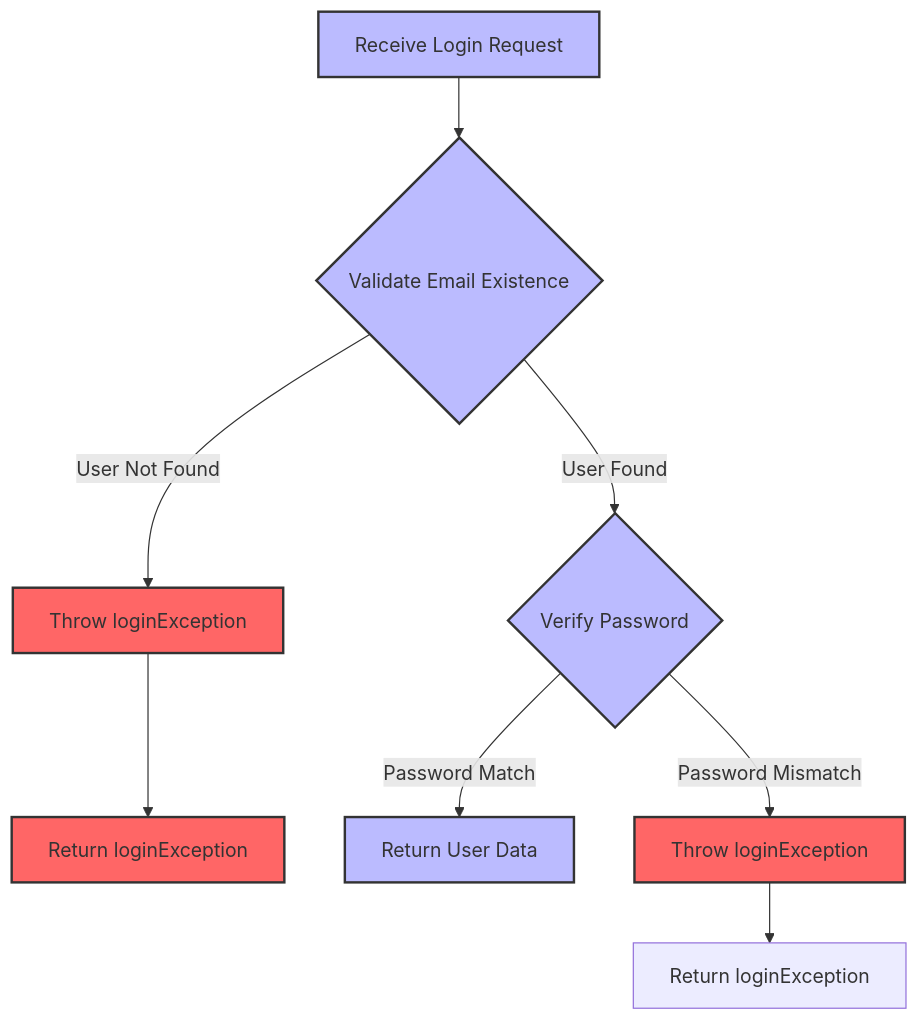
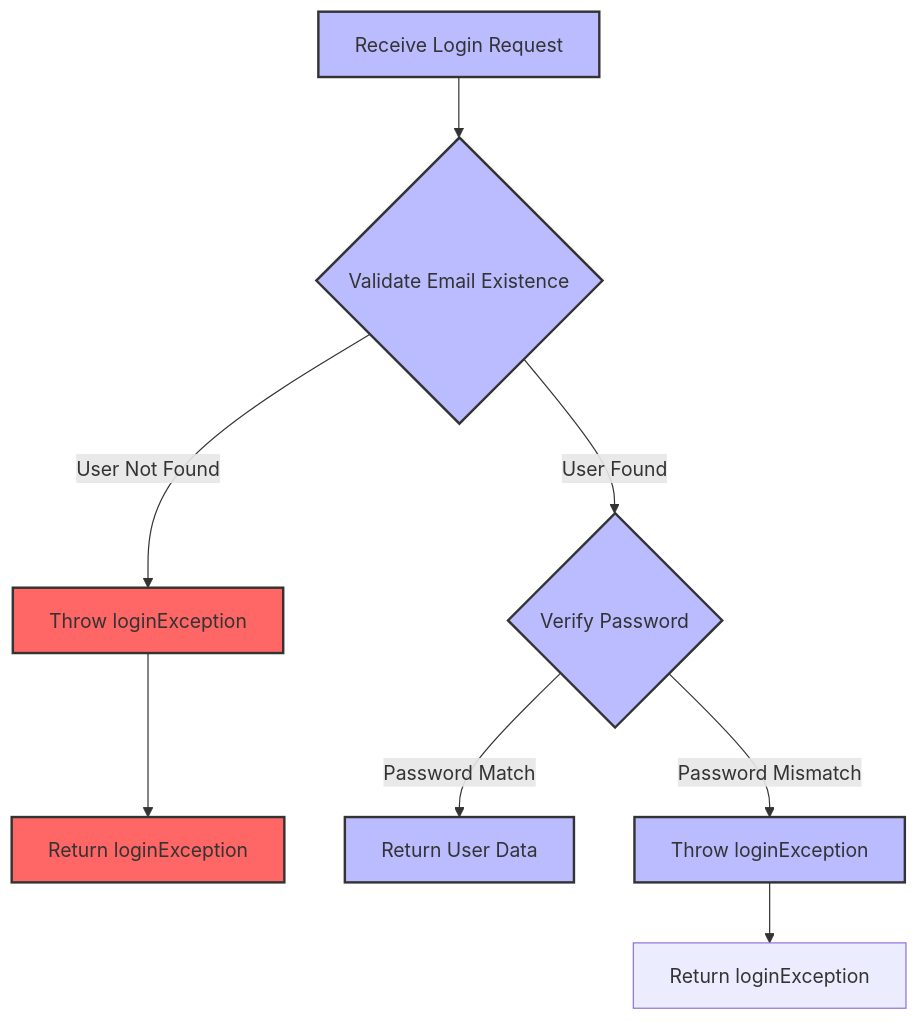
Before and after one commit to rohitjha941/blog-bubbles-api: the diagram in docs/login.mermaid, drawn with Mermaid.

Commit message:
fix: color on login

```diff
--- a/docs/login.mermaid
+++ b/docs/login.mermaid
@@ -1,16 +1,16 @@
 graph TD
     A[Receive Login Request] --> B{Validate Email Existence}
     B --> |User Not Found| C[Throw loginException]
     B --> |User Found| D{Verify Password}
     C --> E[Return loginException]
     D --> |Password Match| F[Return User Data]
     D --> |Password Mismatch| G[Throw loginException]
     G --> H[Return loginException]
 
 style A fill:#BBF,stroke:#333,stroke-width:2px
 style B fill:#BBF,stroke:#333,stroke-width:2px
 style C fill:#F66,stroke:#333,stroke-width:2px
 style D fill:#BBF,stroke:#333,stroke-width:2px
 style E fill:#F66,stroke:#333,stroke-width:2px
 style F fill:#BBF,stroke:#333,stroke-width:2px
-style G fill:#F66,stroke:#333,stroke-width:2px
+style G fill:#BBF,stroke:#333,stroke-width:2px
```
